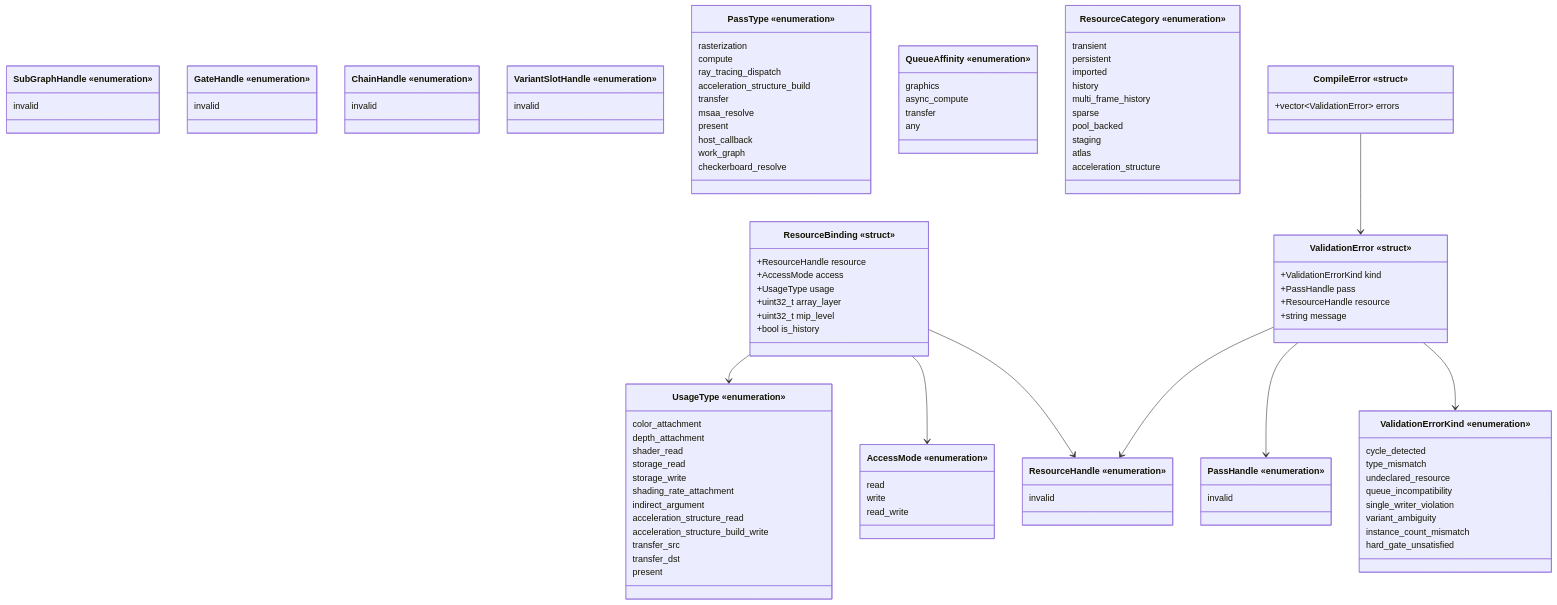
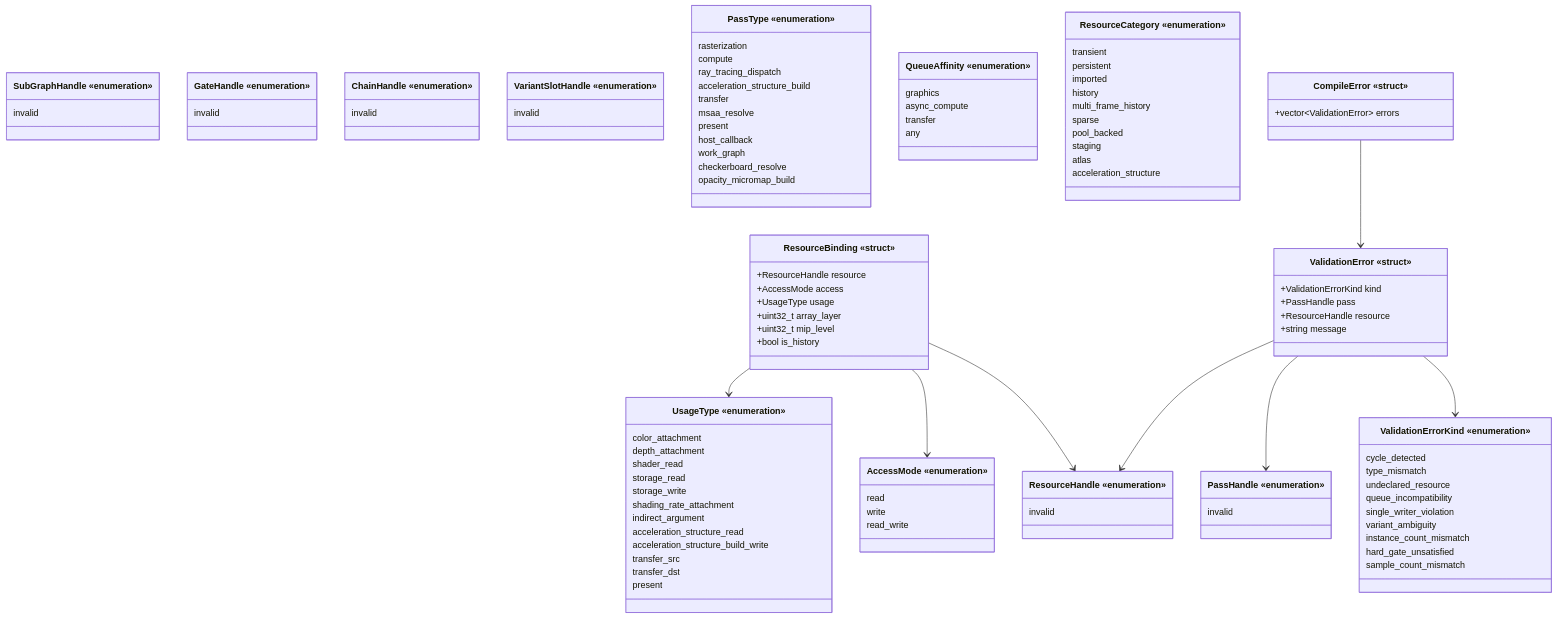
One commit to harmonius-dev/harmonius changed the first of 15 diagrams in docs/design/render-graph-classes.md. Above: the diagram before and after it, drawn with Mermaid. The commit also changed other lines of this file and 10 other files, not shown here.

```diff
--- a/docs/design/render-graph-classes.md
+++ b/docs/design/render-graph-classes.md
@@ -64,6 +64,7 @@
         host_callback
         work_graph
         checkerboard_resolve
+        opacity_micromap_build
     }
     class AccessMode["AccessMode «enumeration»"] {
         read
@@ -119,6 +120,7 @@
         variant_ambiguity
         instance_count_mismatch
         hard_gate_unsatisfied
+        sample_count_mismatch
     }
     class ValidationError["ValidationError «struct»"] {
         +ValidationErrorKind kind
```
